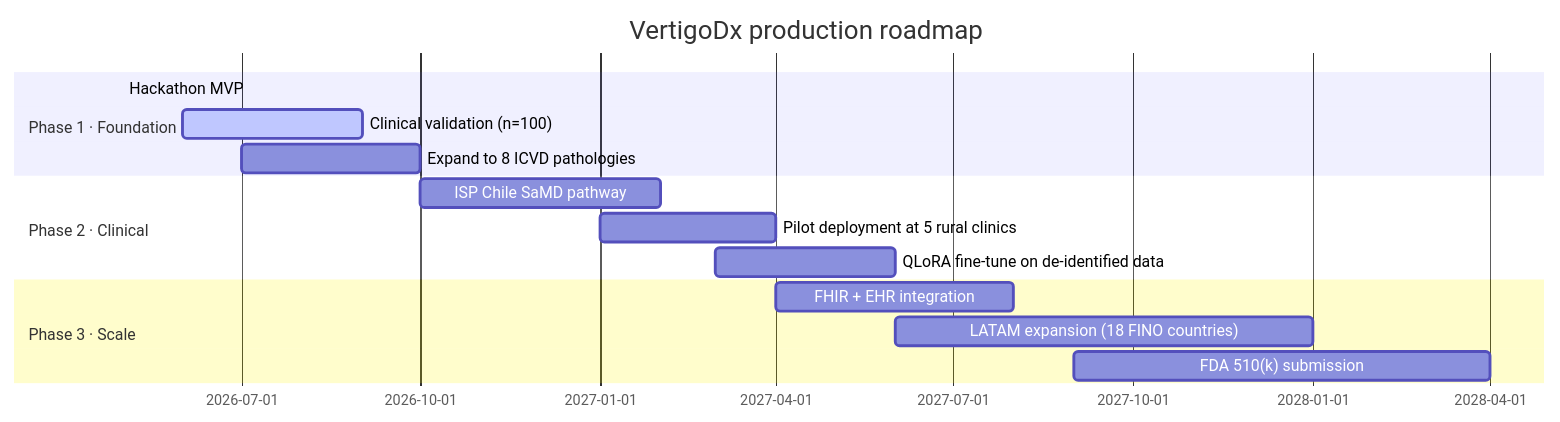
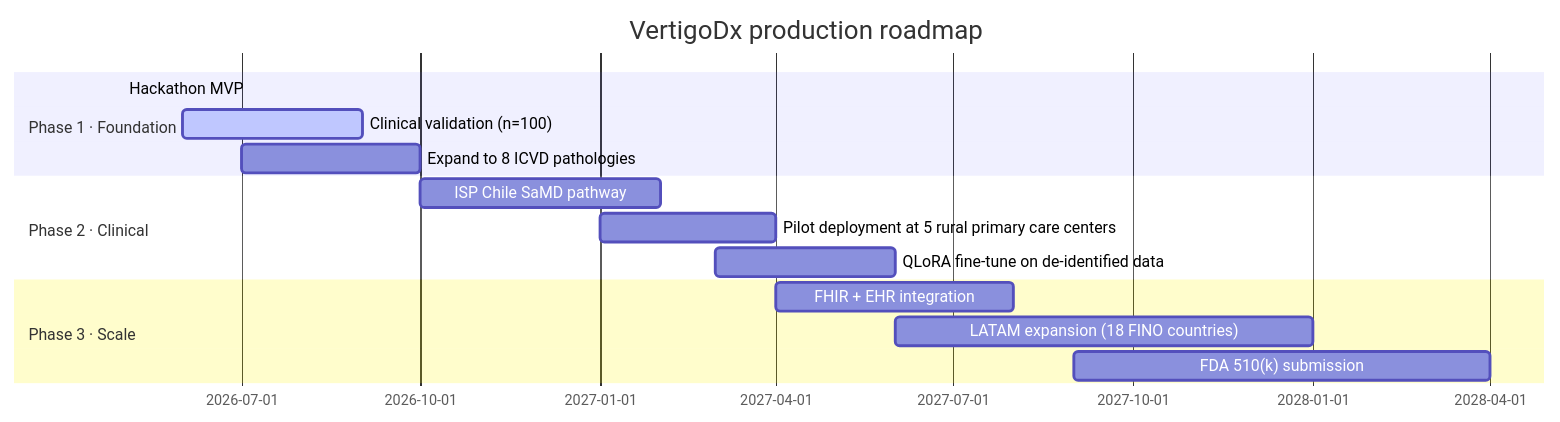
One commit to manuelpenazuniga/vertigoDx changed the second of 2 diagrams in README.md. Above: the diagram before and after it, drawn with Mermaid. The commit also changed other lines of this file and 2 other files, not shown here.

````diff
--- a/README.md
+++ b/README.md
@@ -332,17 +335,17 @@
 ```mermaid
 gantt
     title VertigoDx production roadmap
     dateFormat YYYY-MM
     section Phase 1 · Foundation
     Hackathon MVP                        :done, 2026-05, 2026-05
     Clinical validation (n=100)          :active, 2026-06, 2026-09
     Expand to 8 ICVD pathologies         :2026-07, 2026-10
     section Phase 2 · Clinical
     ISP Chile SaMD pathway               :2026-10, 2027-02
-    Pilot deployment at 5 rural clinics  :2027-01, 2027-04
+    Pilot deployment at 5 rural primary care centers  :2027-01, 2027-04
     QLoRA fine-tune on de-identified data:2027-03, 2027-06
     section Phase 3 · Scale
     FHIR + EHR integration               :2027-04, 2027-08
     LATAM expansion (18 FINO countries)  :2027-06, 2028-01
     FDA 510(k) submission                :2027-09, 2028-04
 ```
````
